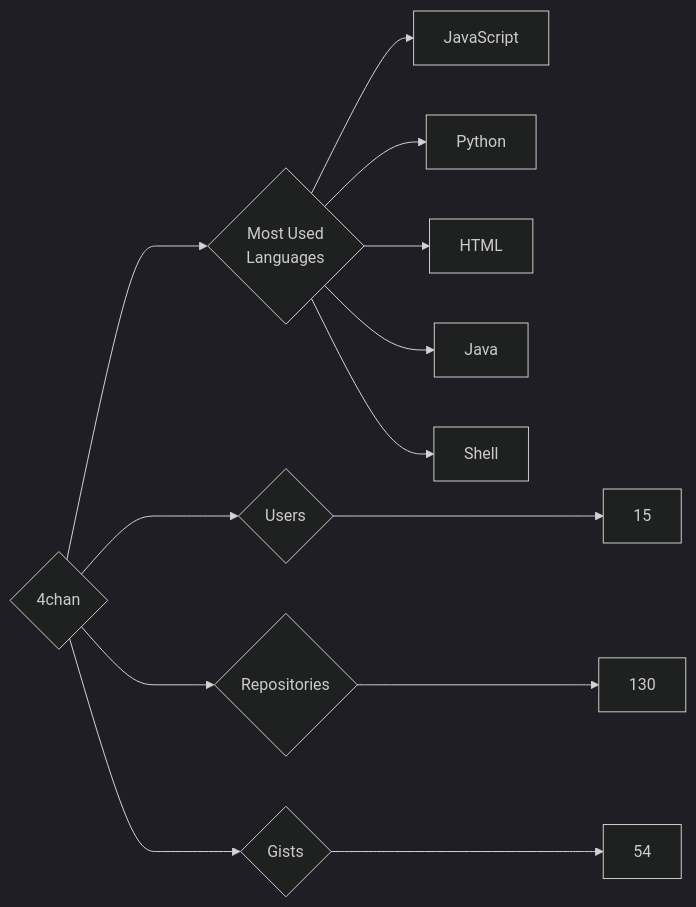
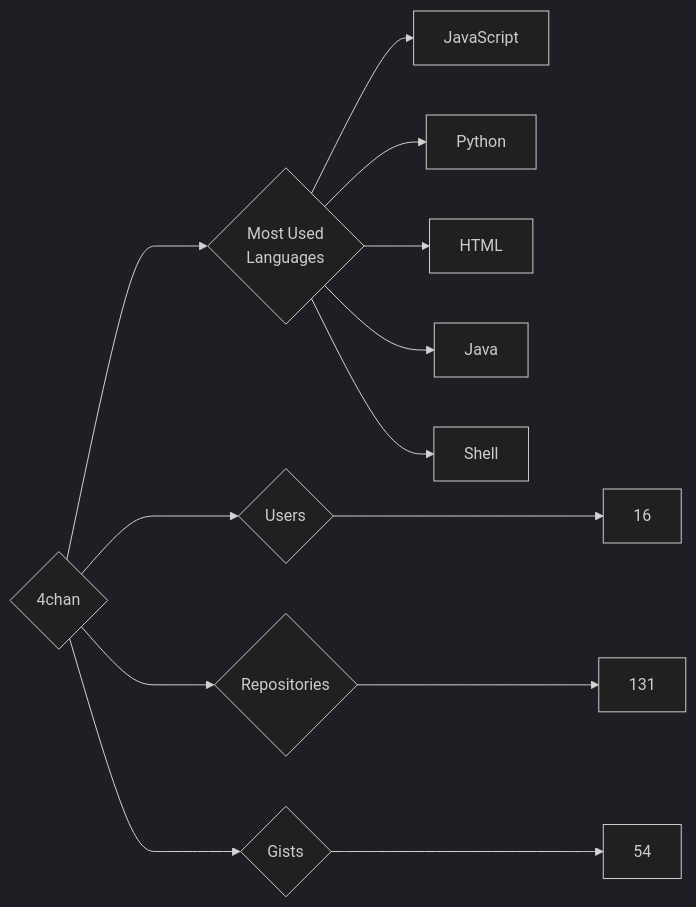
Before and after one commit to nenadzaric/insiders: the diagram in targets/4chan/README.md, drawn with Mermaid (dark theme). The commit also changed 7 other files, not shown here.

````diff
--- a/targets/4chan/README.md
+++ b/targets/4chan/README.md
@@ -3,13 +3,13 @@
 ```mermaid
 graph LR
 COMPANY_NAME{4chan}
-COMPANY_NAME ---> U{Users} ---> UN[15]
-COMPANY_NAME ---> R{Repositories} ---> RN[130]
+COMPANY_NAME ---> U{Users} ---> UN[16]
+COMPANY_NAME ---> R{Repositories} ---> RN[131]
 COMPANY_NAME ---> G{Gists} ---> GN[54]
 COMPANY_NAME ---> ML{Most Used<br>Languages}
 ML --> JavaScript[JavaScript]
 ML --> Python[Python]
 ML --> HTML[HTML]
 ML --> Java[Java]
 ML --> Shell[Shell]
 ```
````
